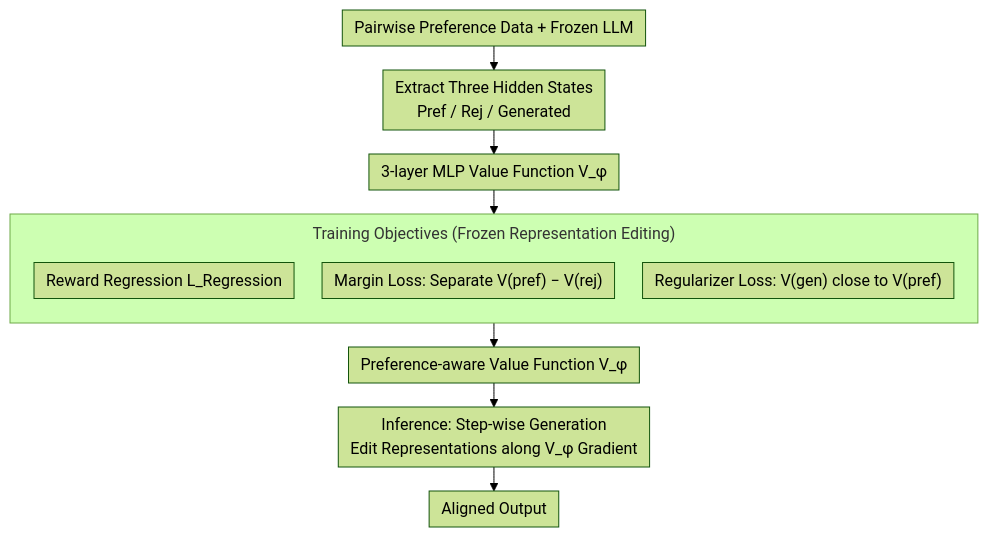
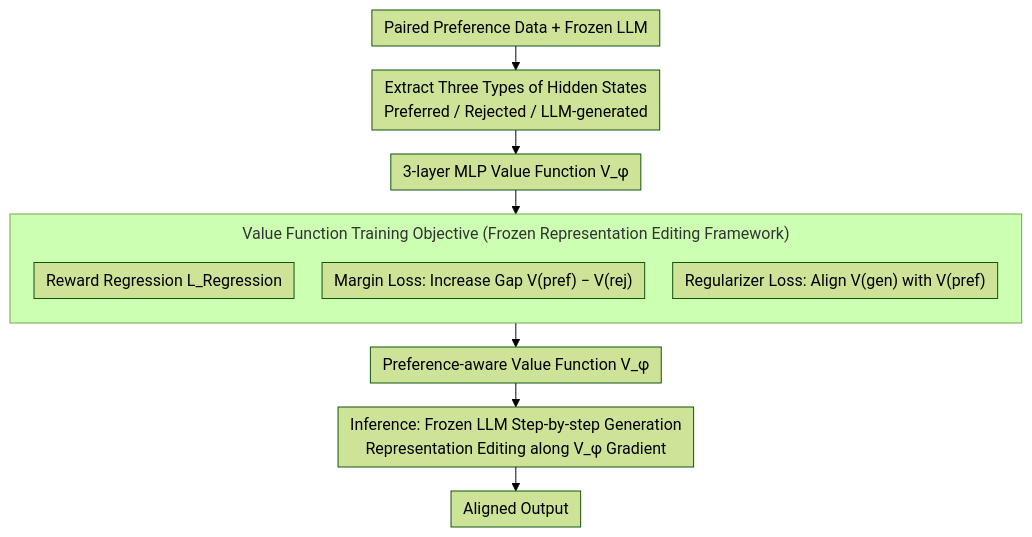
One commit to zhaoyang97/Paper-Notes-en changed the diagram in docs/ACL2026/llm_alignment/pref-ctrl_preference_driven_llm_alignment_using_representation_editing.md. Above: the diagram before and after it, drawn with Mermaid (forest theme). The commit also changed other lines of this file and 5084 other files, not shown here.

````diff
--- a/docs/ACL2026/llm_alignment/pref-ctrl_preference_driven_llm_alignment_using_representation_editing.md
+++ b/docs/ACL2026/llm_alignment/pref-ctrl_preference_driven_llm_alignment_using_representation_editing.md
@@ -43,16 +43,16 @@
 ```mermaid
 %%{init: {'flowchart': {'rankSpacing': 24, 'nodeSpacing': 28, 'padding': 6, 'wrappingWidth': 400, 'subGraphTitleMargin': {'top': 8, 'bottom': 16}}}}%%
 flowchart TD
-    A["Pairwise Preference Data + Frozen LLM"] --> B["Extract Three Hidden States<br/>Pref / Rej / Generated"]
+    A["Paired Preference Data + Frozen LLM"] --> B["Extract Three Types of Hidden States<br/>Preferred / Rejected / LLM-generated"]
     B --> C["3-layer MLP Value Function V_φ"]
-    subgraph T["Training Objectives (Frozen Representation Editing)"]
+    subgraph T["Value Function Training Objective (Frozen Representation Editing Framework)"]
         direction TB
         D["Reward Regression L_Regression"]
-        E["Margin Loss: Separate V(pref) − V(rej)"]
-        F["Regularizer Loss: V(gen) close to V(pref)"]
+        E["Margin Loss: Increase Gap V(pref) − V(rej)"]
+        F["Regularizer Loss: Align V(gen) with V(pref)"]
     end
     C --> T
     T --> G["Preference-aware Value Function V_φ"]
-    G --> H["Inference: Step-wise Generation<br/>Edit Representations along V_φ Gradient"]
+    G --> H["Inference: Frozen LLM Step-by-step Generation<br/>Representation Editing along V_φ Gradient"]
     H --> I["Aligned Output"]
 ```
````
